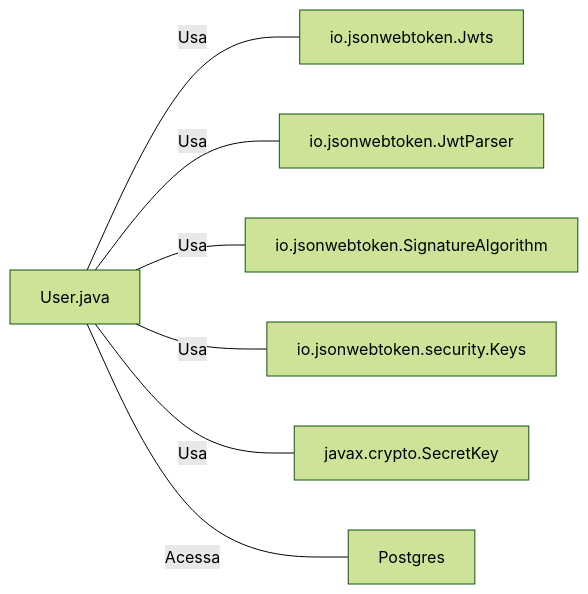
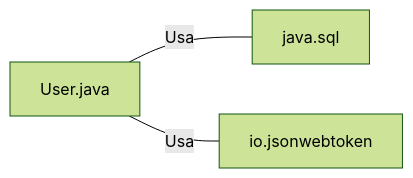
Before and after one commit to gftaimpact/demo-java-citi: the second of 2 diagrams in wiki/src/test/java/com/scalesec/vulnado/User.java.md, drawn with Mermaid (forest theme). The commit also changed other lines of this file and 1 other file, not shown here.

````diff
--- a/wiki/src/test/java/com/scalesec/vulnado/User.java.md
+++ b/wiki/src/test/java/com/scalesec/vulnado/User.java.md
@@ -26,9 +26,5 @@
 ```mermaid
 graph LR
-    User.java --- |"Usa"| io.jsonwebtoken.Jwts
-    User.java --- |"Usa"| io.jsonwebtoken.JwtParser
-    User.java --- |"Usa"| io.jsonwebtoken.SignatureAlgorithm
-    User.java --- |"Usa"| io.jsonwebtoken.security.Keys
-    User.java --- |"Usa"| javax.crypto.SecretKey
-    User.java --- |"Acessa"| Postgres
+  User.java --- |"Usa"| java_sql["java.sql"]
+  User.java --- |"Usa"| io_jsonwebtoken["io.jsonwebtoken"]
 ```
````
